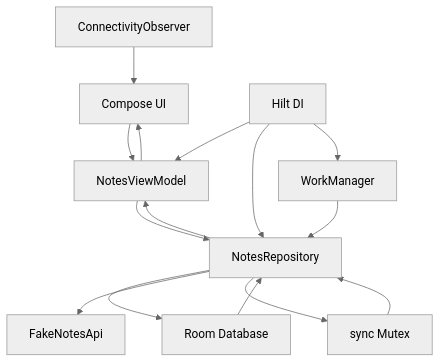
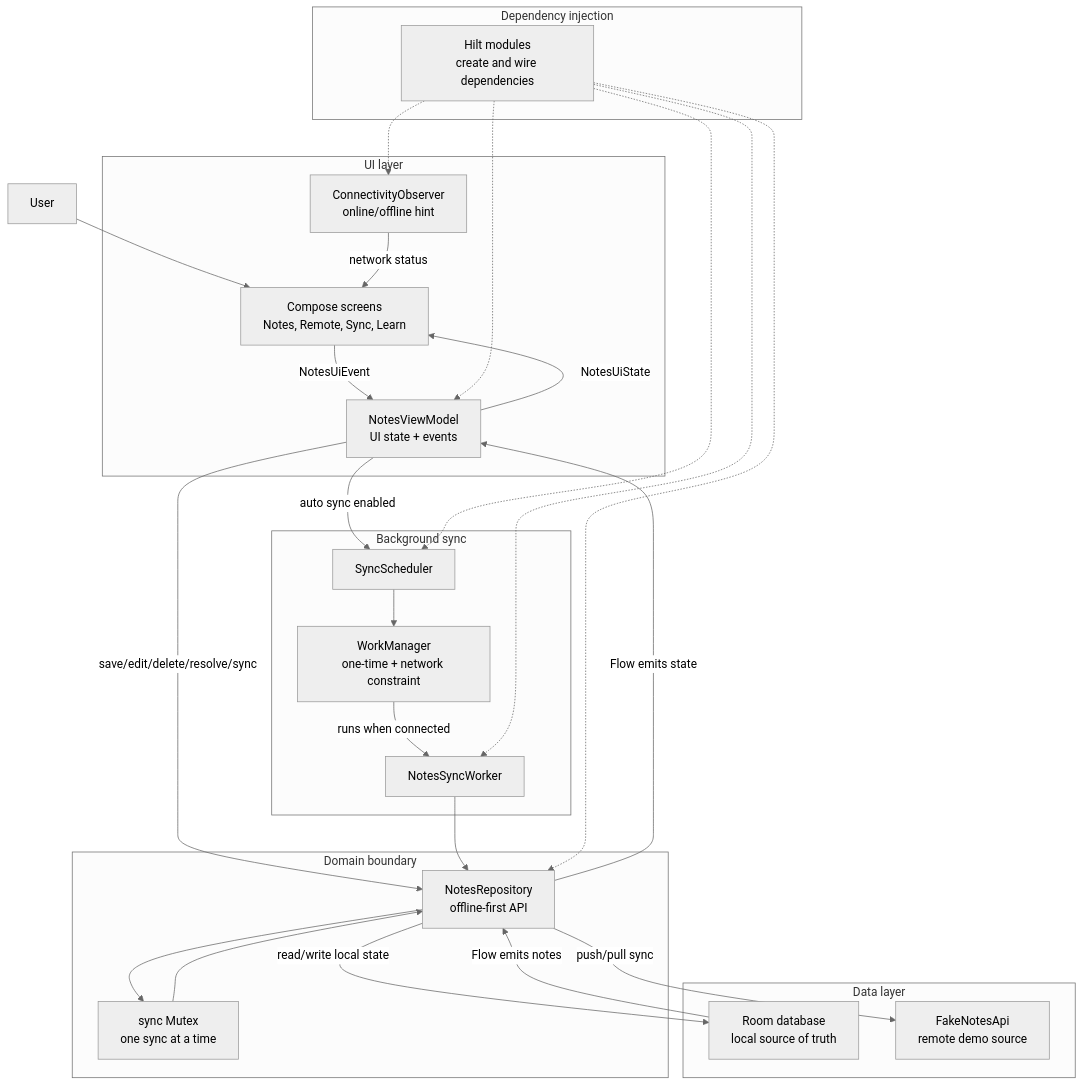
Before and after one commit to venkata-ram/FieldNotes-OfflineFirstSystemDesign: the diagram in README.md, drawn with Mermaid (neutral theme).

Commit message:
docs: improve readme architecture diagram

````diff
--- a/README.md
+++ b/README.md
@@ -30,17 +30,53 @@
 ```mermaid
-flowchart TD
-    UI["Compose UI"] --> VM["NotesViewModel"]
-    Hilt["Hilt DI"] --> VM
-    Hilt --> Repo
-    Hilt --> Work
-    VM --> Repo["NotesRepository"]
-    Repo --> DB["Room Database"]
-    Repo --> API["FakeNotesApi"]
-    Work["WorkManager"] --> Repo
-    Conn["ConnectivityObserver"] --> UI
-    Repo --> Mutex["sync Mutex"]
-    Mutex --> Repo
-    DB --> Repo
-    Repo --> VM
-    VM --> UI
+flowchart TB
+    User["User"]
+
+    subgraph UI_LAYER["UI layer"]
+        Screen["Compose screens<br/>Notes, Remote, Sync, Learn"]
+        VM["NotesViewModel<br/>UI state + events"]
+        Connectivity["ConnectivityObserver<br/>online/offline hint"]
+    end
+
+    subgraph DOMAIN_LAYER["Domain boundary"]
+        Repo["NotesRepository<br/>offline-first API"]
+        Lock["sync Mutex<br/>one sync at a time"]
+    end
+
+    subgraph DATA_LAYER["Data layer"]
+        Room["Room database<br/>local source of truth"]
+        Api["FakeNotesApi<br/>remote demo source"]
+    end
+
+    subgraph BACKGROUND_LAYER["Background sync"]
+        Scheduler["SyncScheduler"]
+        Work["WorkManager<br/>one-time + network constraint"]
+        Worker["NotesSyncWorker"]
+    end
+
+    subgraph DI_LAYER["Dependency injection"]
+        Hilt["Hilt modules<br/>create and wire dependencies"]
+    end
+
+    User --> Screen
+    Connectivity -->|network status| Screen
+    Screen -->|NotesUiEvent| VM
+    VM -->|save/edit/delete/resolve/sync| Repo
+    Repo --> Lock
+    Lock --> Repo
+    Repo -->|read/write local state| Room
+    Repo -->|push/pull sync| Api
+    Room -->|Flow emits notes| Repo
+    Repo -->|Flow emits state| VM
+    VM -->|NotesUiState| Screen
+
+    VM -->|auto sync enabled| Scheduler
+    Scheduler --> Work
+    Work -->|runs when connected| Worker
+    Worker --> Repo
+
+    Hilt -.-> VM
+    Hilt -.-> Repo
+    Hilt -.-> Scheduler
+    Hilt -.-> Worker
+    Hilt -.-> Connectivity
 ```
````
